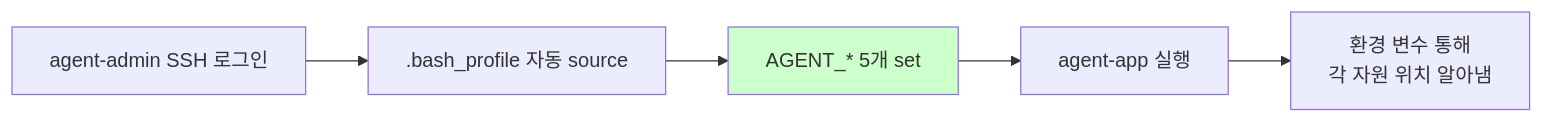
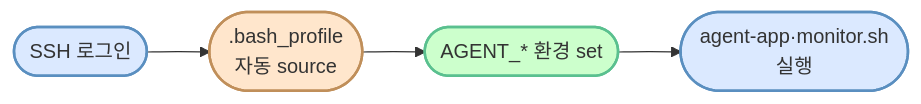
One commit to codewhite7777/codyssey_b1_1 changed the sixth of 8 diagrams in docs/spec-overview.md. Above: the diagram before and after it, drawn with Mermaid. The commit also changed other lines of this file, not shown here.

First line of the commit message:
docs(spec-overview): Mermaid 다이어그램 깔끔하게 다듬기

````diff
--- a/docs/spec-overview.md
+++ b/docs/spec-overview.md
@@ -227,9 +240,11 @@
 ```mermaid
 flowchart LR
-    A["agent-admin SSH 로그인"] --> B[".bash_profile 자동 source"]
-    B --> C["AGENT_* 5개 set"]
-    C --> D["agent-app 실행"]
-    D --> E["환경 변수 통해<br/>각 자원 위치 알아냄"]
+    A([SSH 로그인]) --> B([.bash_profile<br/>자동 source])
+    B --> C([AGENT_* 환경 set])
+    C --> D([agent-app·monitor.sh<br/>실행])
 
-    style C fill:#ccffcc
+    style A fill:#dbe9ff,stroke:#5a8fc0,stroke-width:2px
+    style B fill:#ffe6cc,stroke:#c08f5a,stroke-width:2px
+    style C fill:#ccffcc,stroke:#5ac08f,stroke-width:2px
+    style D fill:#dbe9ff,stroke:#5a8fc0,stroke-width:2px
 ```
````
